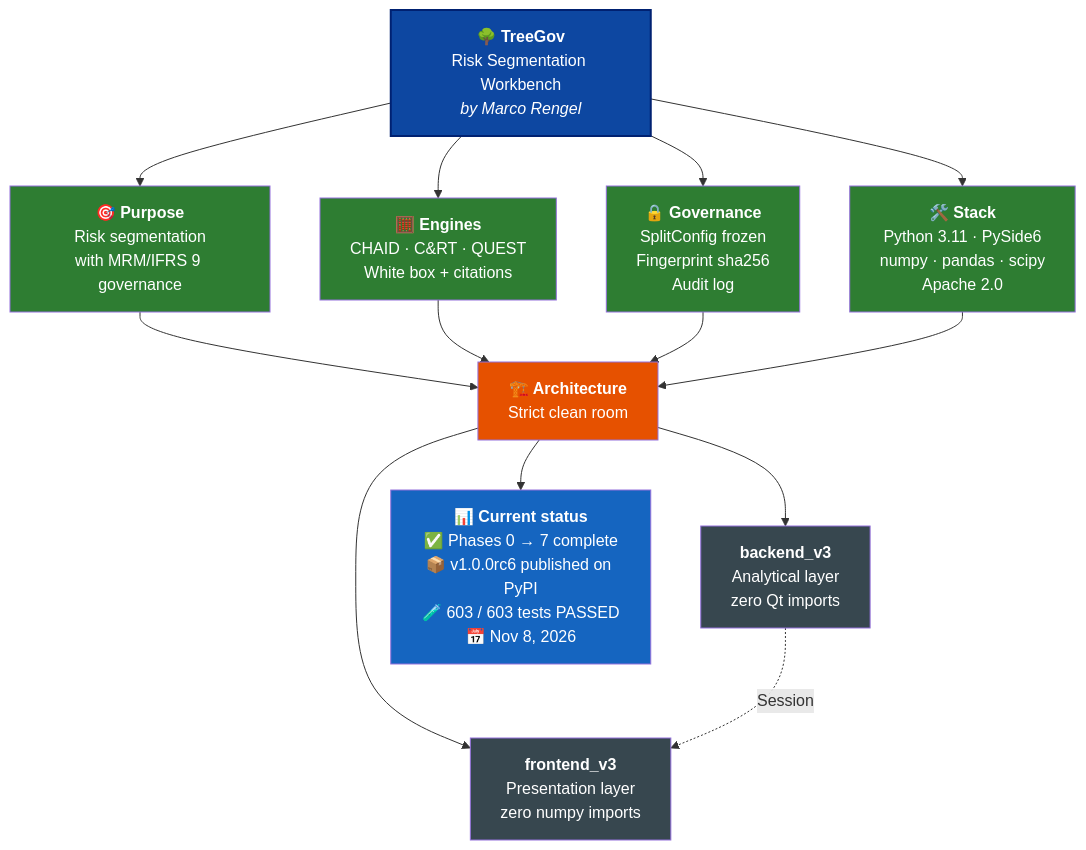
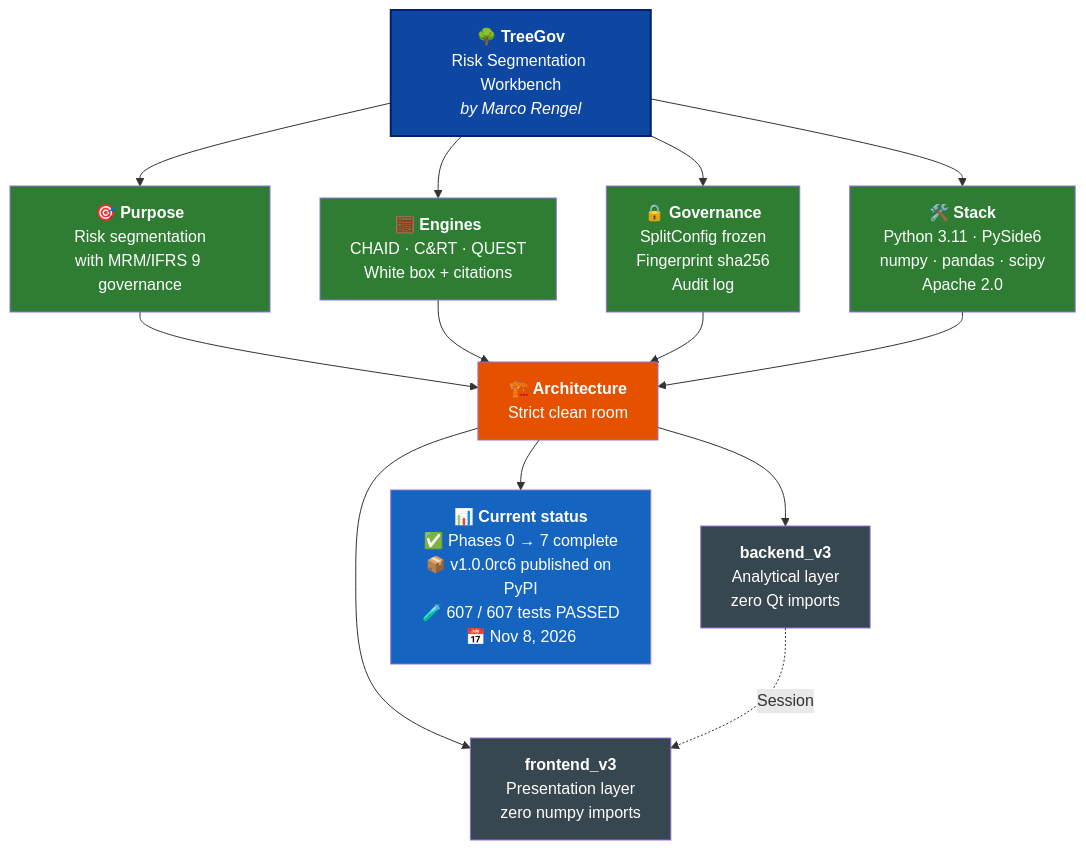
Before and after one commit to Marco-Rengel/treegov: the diagram in README.md, drawn with Mermaid. The commit also changed other lines of this file and 12 other files, not shown here.

````diff
--- a/README.md
+++ b/README.md
@@ -38,31 +38,31 @@
 ```mermaid
 flowchart TB
     TG["<b>🌳 TreeGov</b><br/>Risk Segmentation Workbench<br/><i>by Marco Rengel</i>"]
 
     TG --> P["<b>🎯 Purpose</b><br/>Risk segmentation<br/>with MRM/IFRS 9 governance"]
     TG --> M["<b>🧮 Engines</b><br/>CHAID · C&RT · QUEST<br/>White box + citations"]
     TG --> G["<b>🔒 Governance</b><br/>SplitConfig frozen<br/>Fingerprint sha256<br/>Audit log"]
     TG --> S["<b>🛠️ Stack</b><br/>Python 3.11 · PySide6<br/>numpy · pandas · scipy<br/>Apache 2.0"]
 
     P --> ARQ["<b>🏗️ Architecture</b><br/>Strict clean room"]
     M --> ARQ
     G --> ARQ
     S --> ARQ
 
     ARQ --> BE["<b>backend_v3</b><br/>Analytical layer<br/>zero Qt imports"]
     ARQ --> FE["<b>frontend_v3</b><br/>Presentation layer<br/>zero numpy imports"]
 
     BE -.->|Session| FE
 
-    ARQ --> ST["<b>📊 Current status</b><br/>✅ Phases 0 → 7 complete<br/>📦 v1.0.0rc6 published on PyPI<br/>🧪 603 / 603 tests PASSED<br/>📅 Nov 8, 2026"]
+    ARQ --> ST["<b>📊 Current status</b><br/>✅ Phases 0 → 7 complete<br/>📦 v1.0.0rc6 published on PyPI<br/>🧪 607 / 607 tests PASSED<br/>📅 Nov 8, 2026"]
 
     style TG fill:#0D47A1,color:#fff,stroke:#002171,stroke-width:2px
     style P fill:#2E7D32,color:#fff
     style M fill:#2E7D32,color:#fff
     style G fill:#2E7D32,color:#fff
     style S fill:#2E7D32,color:#fff
     style ARQ fill:#E65100,color:#fff
     style BE fill:#37474F,color:#fff
     style FE fill:#37474F,color:#fff
     style ST fill:#1565C0,color:#fff
 ```
````
